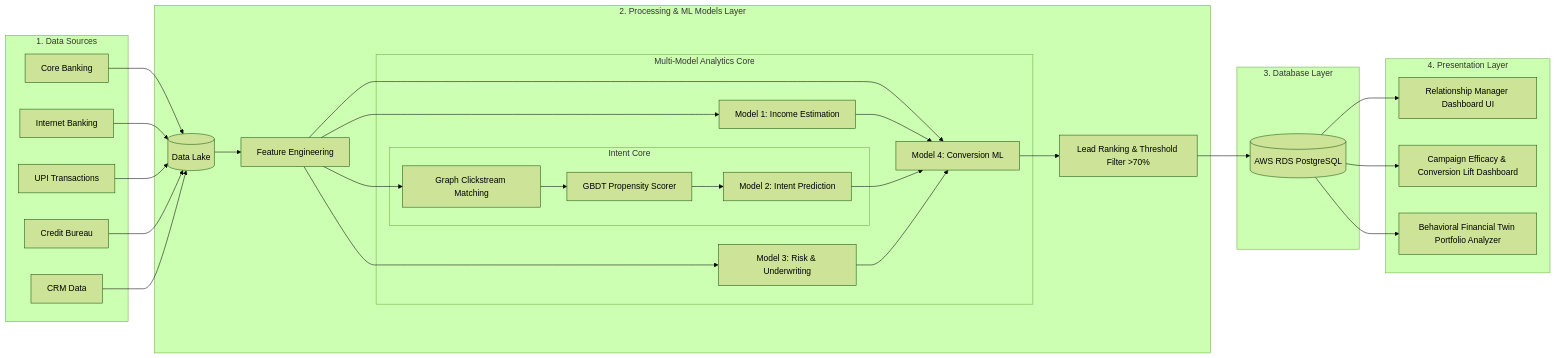
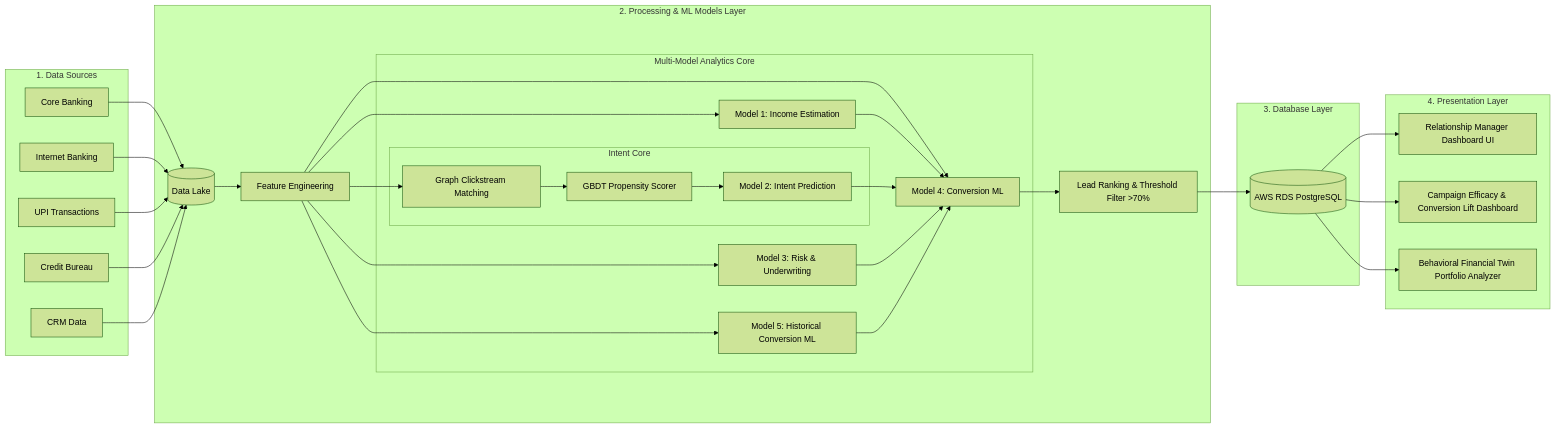
Before and after one commit to chiraghs/Alpha-Fin: the diagram in README.md, drawn with Mermaid (forest theme). The commit also changed other lines of this file and 7 other files, not shown here.

Commit message:
feat: Blends digital GBDT conversion propensity with historical offer acceptance rate and missed repayments

````diff
--- a/README.md
+++ b/README.md
@@ -42,66 +42,69 @@
 ```mermaid
 graph LR
     subgraph Sources [1. Data Sources]
         CB[Core Banking]
         IB[Internet Banking]
         UPI[UPI Transactions]
         Bureau[Credit Bureau]
         CRM[CRM Data]
     end
 
     subgraph AppEngine [2. Processing & ML Models Layer]
         Lake[(Data Lake)]
         FE[Feature Engineering]
         
         subgraph MLModels [Multi-Model Analytics Core]
             Income[Model 1: Income Estimation]
             
             subgraph IntentEngine [Intent Core]
                 Graph[Graph Clickstream Matching]
                 GBDT[GBDT Propensity Scorer]
                 Intent[Model 2: Intent Prediction]
             end
             
             Risk[Model 3: Risk & Underwriting]
             Conversion[Model 4: Conversion ML]
+            History[Model 5: Historical Conversion ML]
         end
         
         Ranking[Lead Ranking & Threshold Filter >70%]
     end
 
     subgraph Storage [3. Database Layer]
         RDS[(AWS RDS PostgreSQL)]
     end
 
     subgraph Presentation [4. Presentation Layer]
         UI[Relationship Manager Dashboard UI]
         ABDashboard[Campaign Efficacy & Conversion Lift Dashboard]
         TwinAnalyzer[Behavioral Financial Twin Portfolio Analyzer]
     end
 
     %% Data Flow
     CB --> Lake
     IB --> Lake
     UPI --> Lake
     Bureau --> Lake
     CRM --> Lake
     
     Lake --> FE
     FE --> Income
     FE --> Graph
     FE --> Risk
     FE --> Conversion
+    FE --> History
     
     Graph --> GBDT
     GBDT --> Intent
     
     Income --> Conversion
     Intent --> Conversion
     Risk --> Conversion
+    History --> Conversion
     
     Conversion --> Ranking
     Ranking --> RDS
     RDS --> UI
     RDS --> ABDashboard
     RDS --> TwinAnalyzer
 ```
````
